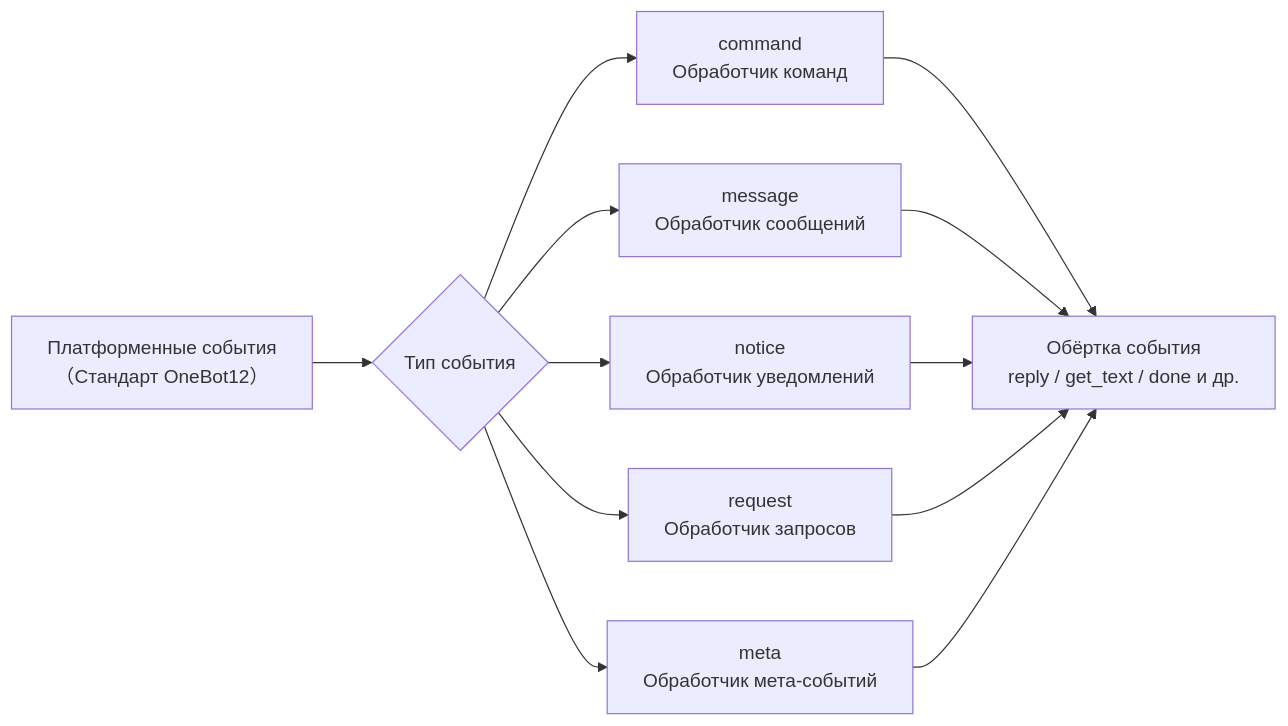
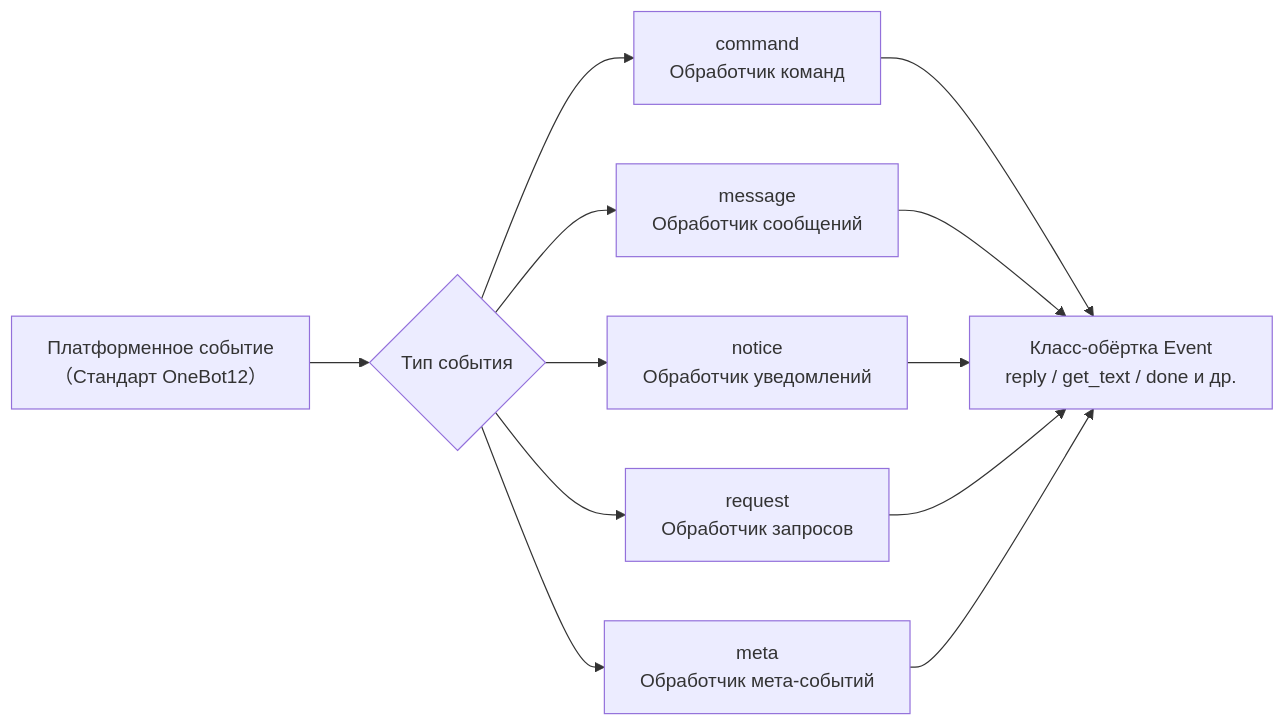
One commit to ErisPulse/ErisPulse changed the diagram in docs/ru/api-reference/event-system.md. Above: the diagram before and after it, drawn with Mermaid. The commit also changed other lines of this file and 23 other files, not shown here.

````diff
--- a/docs/ru/api-reference/event-system.md
+++ b/docs/ru/api-reference/event-system.md
@@ -7,10 +7,10 @@
 ```mermaid
 flowchart LR
-    A["Платформенные события<br/>（Стандарт OneBot12）"] --> B{"Тип события"}
+    A["Платформенное событие<br/>（Стандарт OneBot12）"] --> B{"Тип события"}
     B --> C["command<br/>Обработчик команд"]
     B --> D["message<br/>Обработчик сообщений"]
     B --> E["notice<br/>Обработчик уведомлений"]
     B --> F["request<br/>Обработчик запросов"]
     B --> G["meta<br/>Обработчик мета-событий"]
-    C & D & E & F & G --> H["Обёртка события<br/>reply / get_text / done и др."]
+    C & D & E & F & G --> H["Класс-обёртка Event<br/>reply / get_text / done и др."]
 ```
````
